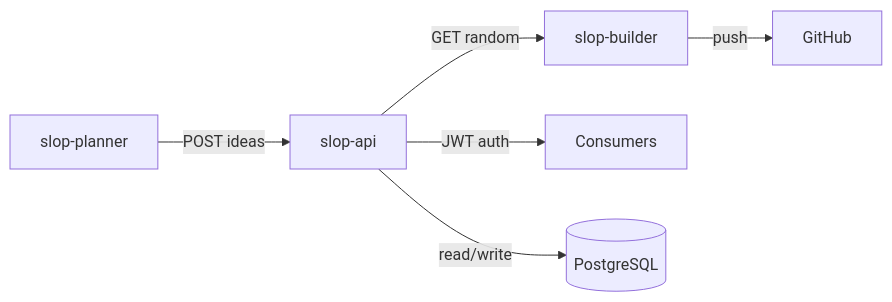
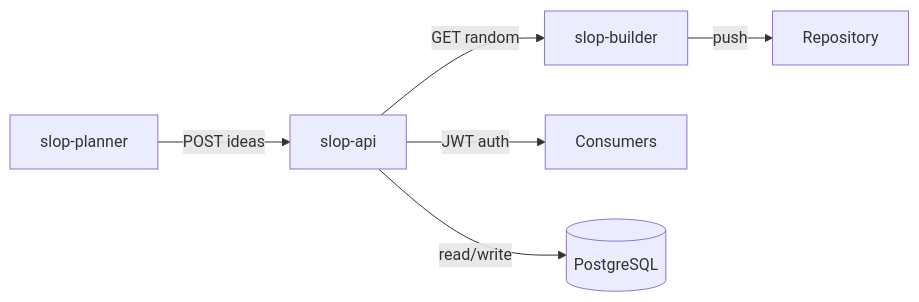
Before and after one commit to jtmb/ingenium: the first of 4 diagrams in .agents/skills/mermaid/SKILL.md, drawn with Mermaid. The commit also changed 1003 other files, not shown here.

````diff
--- a/.agents/skills/mermaid/SKILL.md
+++ b/.agents/skills/mermaid/SKILL.md
@@ -80,8 +80,8 @@
 ```mermaid
 graph LR
     P[slop-planner] -->|POST ideas| A[slop-api]
     A -->|GET random| B[slop-builder]
     A -->|JWT auth| C[Consumers]
-    B -->|push| GH[GitHub]
+    B -->|push| D[Repository]
     A -->|read/write| DB[(PostgreSQL)]
 ```
````
